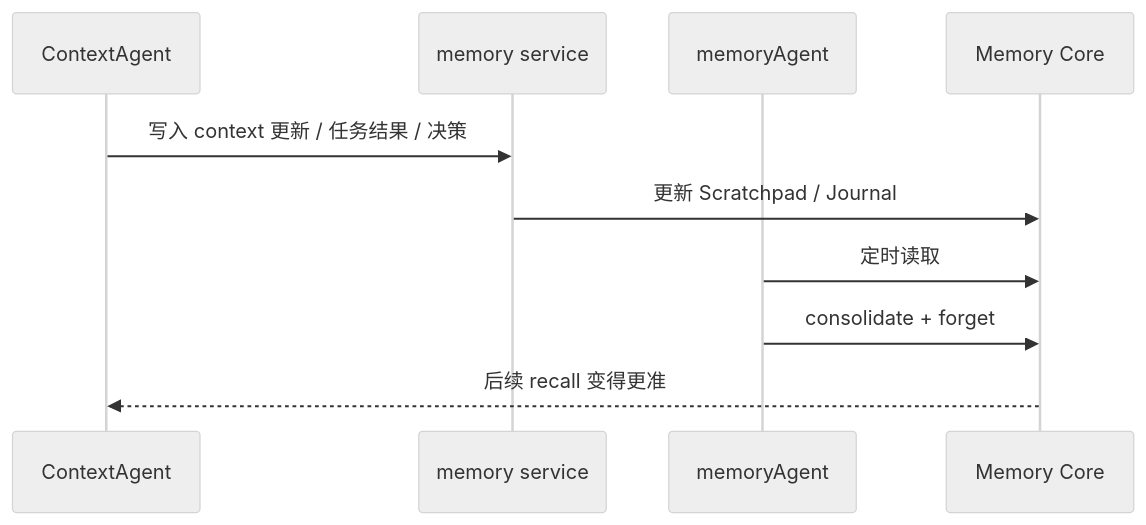
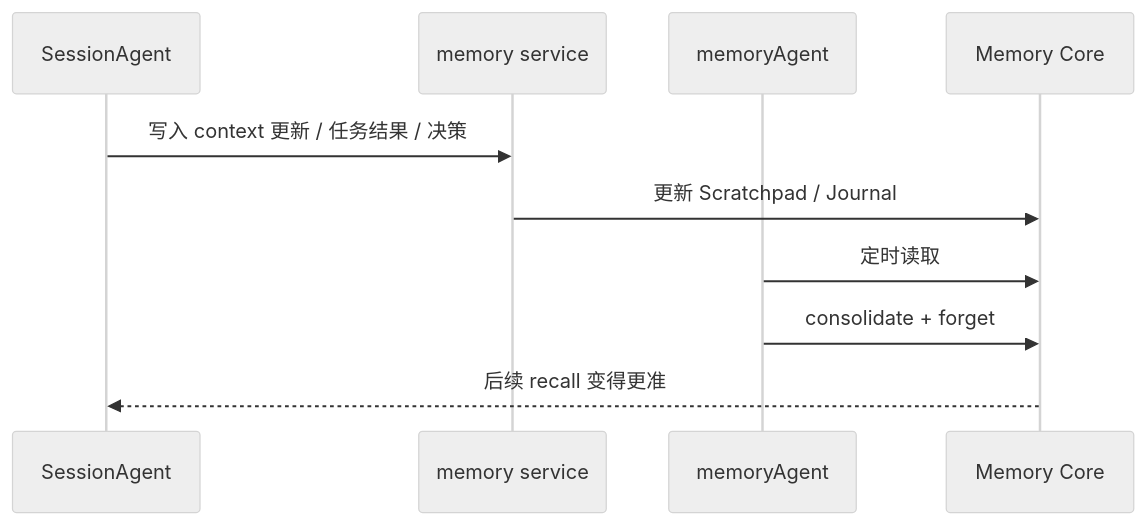
Before and after one commit to wangenius/downcity: the fourth of 4 diagrams in homepage/content/devdocs/zh/memory/memory-agent.mdx, drawn with Mermaid (neutral theme). The commit also changed other lines of this file and 34 other files, not shown here.

````diff
--- a/homepage/content/devdocs/zh/memory/memory-agent.mdx
+++ b/homepage/content/devdocs/zh/memory/memory-agent.mdx
@@ -299,13 +299,13 @@
 ```mermaid
 sequenceDiagram
-  participant C as ContextAgent
+  participant C as SessionAgent
   participant M as memory service
   participant A as memoryAgent
   participant Core as Memory Core
 
   C->>M: 写入 context 更新 / 任务结果 / 决策
   M->>Core: 更新 Scratchpad / Journal
   A->>Core: 定时读取
   A->>Core: consolidate + forget
   Core-->>C: 后续 recall 变得更准
 ```
````
